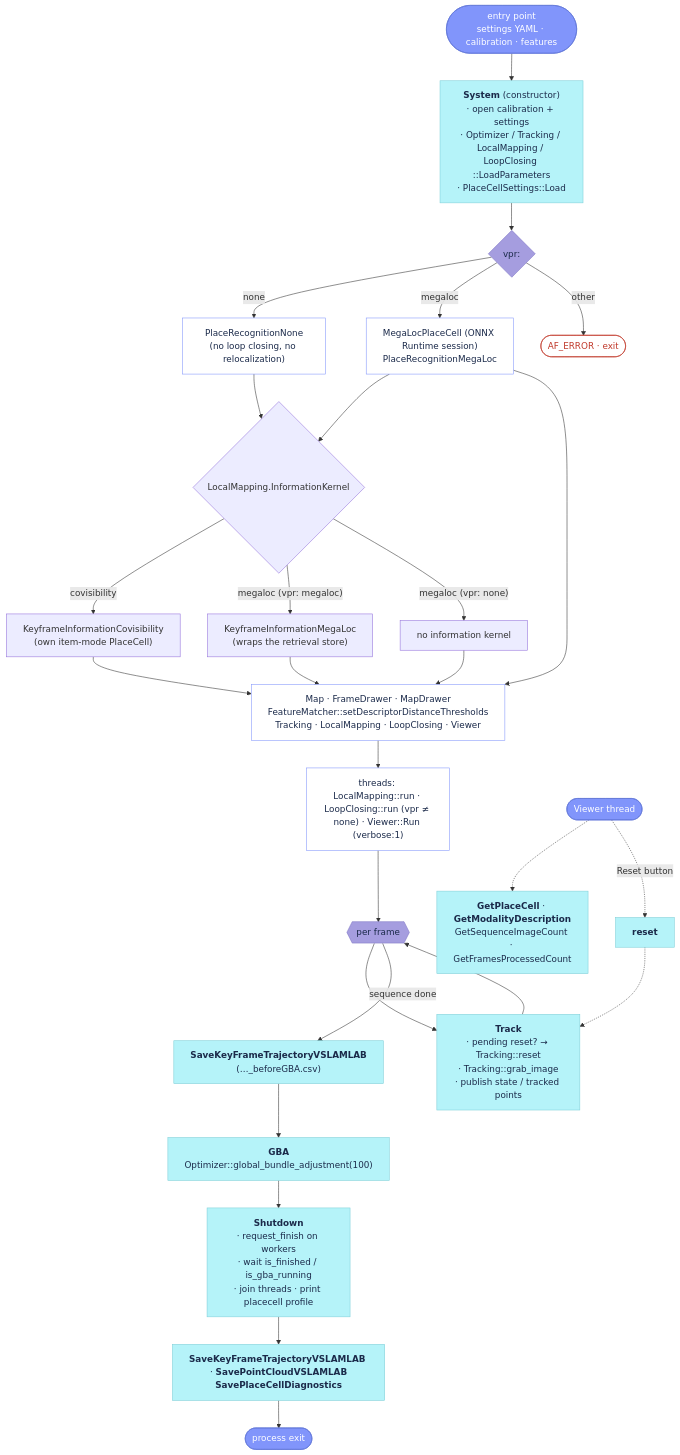
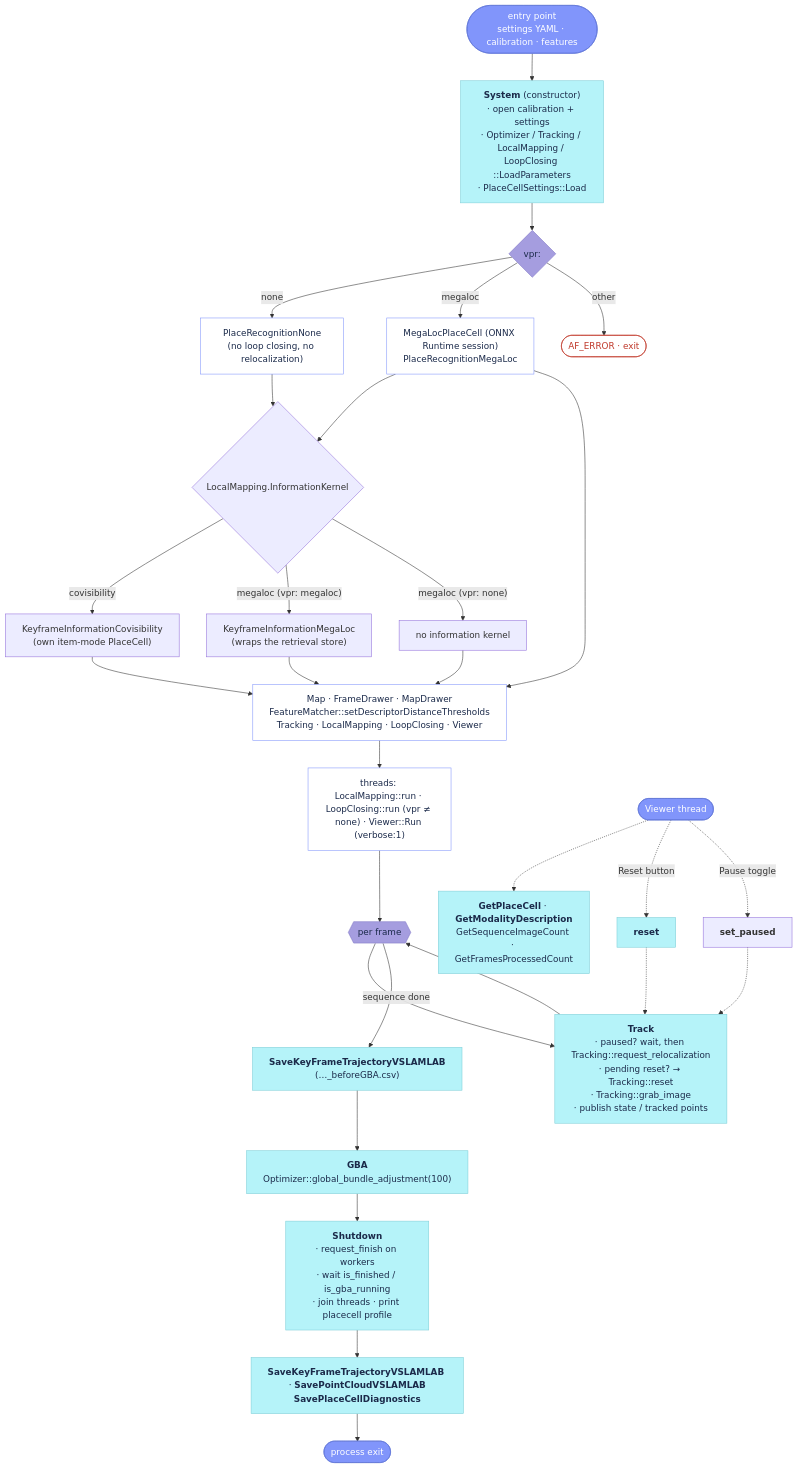
The diagram in docs/reference/System.md (alejandrofontan/AllFeature-VSLAM), drawn with Mermaid before and after one commit. The commit also changed other lines of this file and 13 other files, not shown here.

First line of the commit message:
Viewer: Pause toggle (System::set_paused gate, relocalization on resume)

````diff
--- a/docs/reference/System.md
+++ b/docs/reference/System.md
@@ -21,47 +21,48 @@
 ```mermaid
 flowchart TD
     CLI(["entry point<br/>settings YAML · calibration · features"]) --> CTOR["<b>System</b> (constructor)<br/>· open calibration + settings<br/>· Optimizer / Tracking / LocalMapping / LoopClosing ::LoadParameters<br/>· PlaceCellSettings::Load"]
     CTOR --> VPRSEL{vpr:}
     VPRSEL -- none --> PRN["PlaceRecognitionNone<br/>(no loop closing, no relocalization)"]
     VPRSEL -- megaloc --> PRM["MegaLocPlaceCell (ONNX Runtime session)<br/>PlaceRecognitionMegaLoc"]
     VPRSEL -- other --> ERR([AF_ERROR · exit])
     PRM --> KI{"LocalMapping.InformationKernel"}
     PRN --> KI
     KI -- covisibility --> KIC["KeyframeInformationCovisibility<br/>(own item-mode PlaceCell)"]
     KI -- "megaloc (vpr: megaloc)" --> KIM["KeyframeInformationMegaLoc<br/>(wraps the retrieval store)"]
     KI -- "megaloc (vpr: none)" --> KIN["no information kernel"]
     KIC --> WIRE
     KIM --> WIRE
     KIN --> WIRE
     PRM --> WIRE["Map · FrameDrawer · MapDrawer<br/>FeatureMatcher::setDescriptorDistanceThresholds<br/>Tracking · LocalMapping · LoopClosing · Viewer"]
     WIRE --> THR["threads: LocalMapping::run · LoopClosing::run (vpr ≠ none) · Viewer::Run (verbose:1)"]
     THR --> LOOP{{"per frame"}}
-    LOOP --> TRACK["<b>Track</b><br/>· pending reset? → Tracking::reset<br/>· Tracking::grab_image<br/>· publish state / tracked points"]
+    LOOP --> TRACK["<b>Track</b><br/>· paused? wait, then Tracking::request_relocalization<br/>· pending reset? → Tracking::reset<br/>· Tracking::grab_image<br/>· publish state / tracked points"]
     TRACK --> LOOP
     LOOP -- sequence done --> SAVE1["<b>SaveKeyFrameTrajectoryVSLAMLAB</b><br/>(…_beforeGBA.csv)"] --> GBA["<b>GBA</b><br/>Optimizer::global_bundle_adjustment(100)"] --> SD["<b>Shutdown</b><br/>· request_finish on workers<br/>· wait is_finished / is_gba_running<br/>· join threads · print placecell profile"]
     SD --> SAVE2["<b>SaveKeyFrameTrajectoryVSLAMLAB</b> · <b>SavePointCloudVSLAMLAB</b><br/><b>SavePlaceCellDiagnostics</b>"] --> DONE([process exit])
     VIEW([Viewer thread]) -.-> Q["<b>GetPlaceCell</b> · <b>GetModalityDescription</b><br/>GetSequenceImageCount · GetFramesProcessedCount"]
     VIEW -. Reset button .-> RST["<b>reset</b>"] -.-> TRACK
+    VIEW -. Pause toggle .-> PSE["<b>set_paused</b>"] -.-> TRACK
 
     click CTOR "#system"
     click TRACK "#track"
     click SAVE1 "#savekeyframetrajectoryvslamlab"
     click GBA "#gba"
     click SD "#shutdown"
     click SAVE2 "#savepointcloudvslamlab"
     click Q "#getplacecell"
     click RST "#reset"
 
     %% VSLAM-LAB logo squares: cyan #b5f3f9, periwinkle #8195fb, lavender #a59ddf
     classDef entry fill:#8195fb,stroke:#5f74d6,color:#fff
     classDef step fill:#b5f3f9,stroke:#7fcfd8,color:#1b2a4a
     classDef check fill:#a59ddf,stroke:#7e75c4,color:#1b2a4a
     classDef cmd fill:#fff,stroke:#8195fb,color:#1b2a4a
     classDef stop fill:#fff,stroke:#c0392b,color:#c0392b
 
     class CLI,VIEW,DONE entry
     class CTOR,TRACK,SAVE1,GBA,SD,SAVE2,Q,RST step
     class VPRSEL,LOOP check
     class PRN,PRM,WIRE,THR cmd
     class ERR stop
 ```
````
